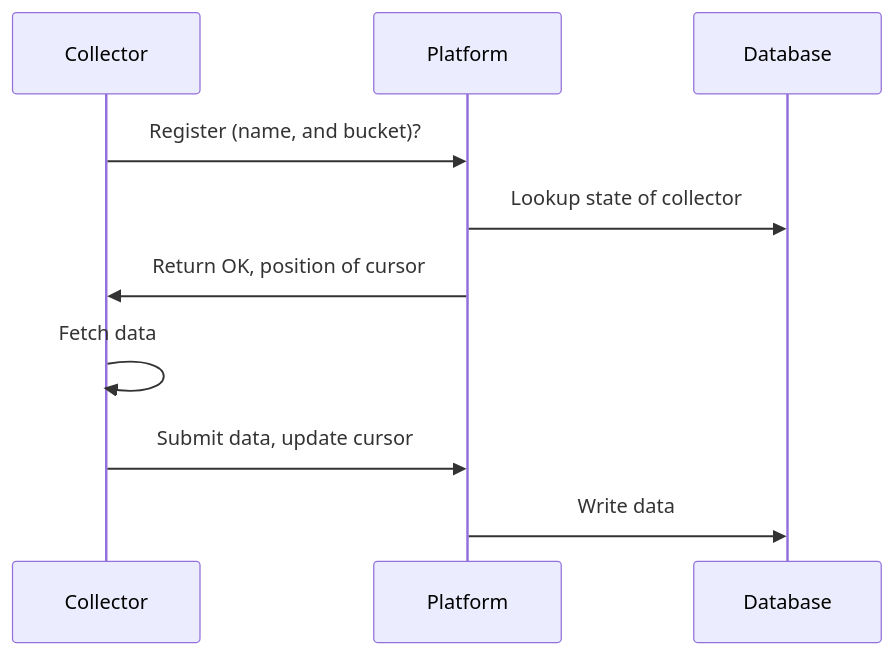
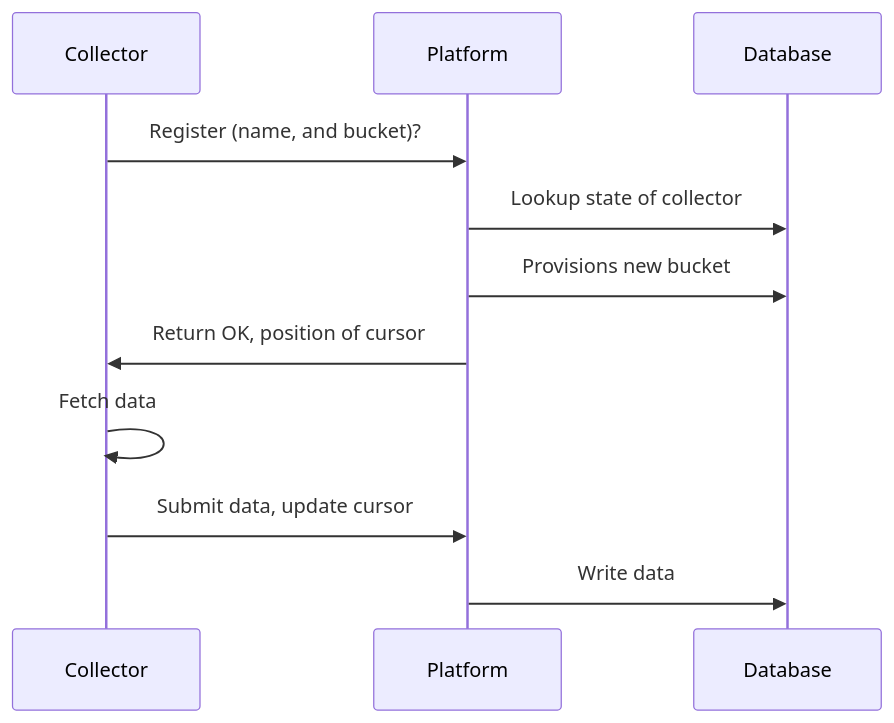
Before and after one commit to DaanWillems/STIXHub: the fourth of 4 diagrams in README.md, drawn with Mermaid. The commit also changed other lines of this file and 9 other files, not shown here.

````diff
--- a/README.md
+++ b/README.md
@@ -110,9 +125,10 @@
 ```mermaid
 sequenceDiagram
     Collector->>Platform: Register (name, and bucket)?
     Platform->>Database: Lookup state of collector
+    Platform->>Database: Provisions new bucket
     Platform->>Collector: Return OK, position of cursor
     Collector->>Collector: Fetch data
     Collector->>Platform: Submit data, update cursor
     Platform->>Database: Write data
 ```
````
